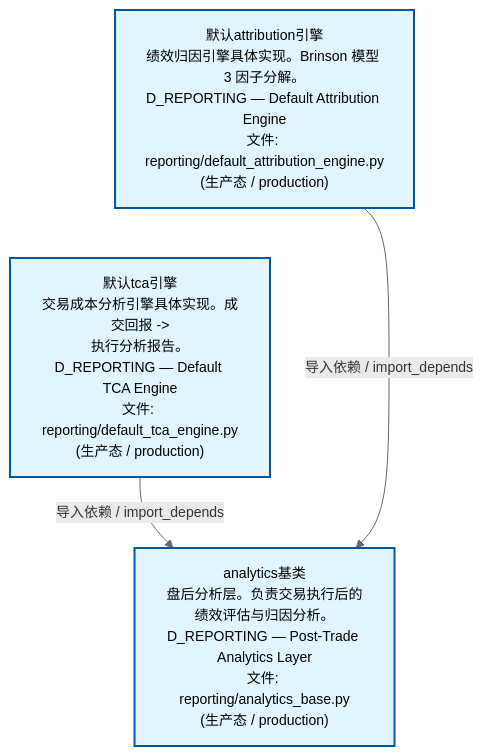
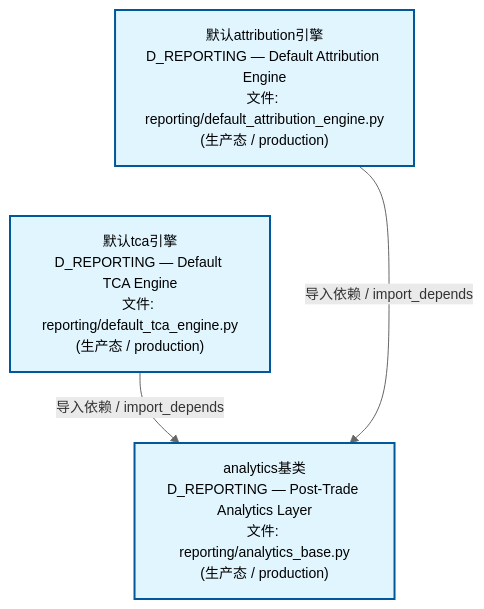
The second of 4 diagrams in docs/02_enterprise_architecture/02_domain_architecture_docs/26_d_reporting.md (xuanFelixVan/ZephyrAlpha), drawn with Mermaid before and after one commit. The commit also changed other lines of this file and 45 other files, not shown here.

````diff
--- a/docs/02_enterprise_architecture/02_domain_architecture_docs/26_d_reporting.md
+++ b/docs/02_enterprise_architecture/02_domain_architecture_docs/26_d_reporting.md
@@ -117,15 +117,15 @@
 ```mermaid
 %%{init: {'theme': 'base', 'themeVariables': {'primaryColor': '#eaeaea', 'primaryTextColor': '#333333', 'primaryBorderColor': '#666666', 'lineColor': '#666666', 'secondaryColor': '#eaeaea', 'tertiaryColor': '#eaeaea', 'fontSize': '14px'}}}%%
 flowchart TD
-    src_zephyr_reporting_default_attribution_engine_py["默认attribution引擎<br/>绩效归因引擎具体实现。Brinson 模型 3 因子分解。<br/>D_REPORTING — Default Attribution Engine<br/>文件: reporting/default_attribution_engine.py<br/>(生产态 / production)"]
-    src_zephyr_reporting_default_tca_engine_py["默认tca引擎<br/>交易成本分析引擎具体实现。成交回报 -><br/>执行分析报告。<br/>D_REPORTING — Default TCA Engine<br/>文件: reporting/default_tca_engine.py<br/>(生产态 / production)"]
+    src_zephyr_reporting_default_attribution_engine_py["默认attribution引擎<br/>D_REPORTING — Default Attribution Engine<br/>文件: reporting/default_attribution_engine.py<br/>(生产态 / production)"]
+    src_zephyr_reporting_default_tca_engine_py["默认tca引擎<br/>D_REPORTING — Default TCA Engine<br/>文件: reporting/default_tca_engine.py<br/>(生产态 / production)"]
     src_zephyr_reporting_default_attribution_engine_py ~~~ src_zephyr_reporting_default_tca_engine_py
-    src_zephyr_reporting_analytics_base_py["analytics基类<br/>盘后分析层。负责交易执行后的绩效评估与归因分析。<br/>D_REPORTING — Post-Trade Analytics Layer<br/>文件: reporting/analytics_base.py<br/>(生产态 / production)"]
+    src_zephyr_reporting_analytics_base_py["analytics基类<br/>D_REPORTING — Post-Trade Analytics Layer<br/>文件: reporting/analytics_base.py<br/>(生产态 / production)"]
     src_zephyr_reporting_default_tca_engine_py -->|导入依赖 / import_depends| src_zephyr_reporting_analytics_base_py
     src_zephyr_reporting_default_attribution_engine_py -->|导入依赖 / import_depends| src_zephyr_reporting_analytics_base_py
     classDef production fill:#e1f5fe,stroke:#01579b,stroke-width:2px,color:#000
     classDef design fill:#fff3e0,stroke:#e65100,stroke-width:2px,color:#000,stroke-dasharray: 5 5
     classDef external_prod fill:#e8f4fd,stroke:#0277bd,stroke-width:1px,color:#000
     classDef external_design fill:#fff8e7,stroke:#ef6c00,stroke-width:1px,color:#000,stroke-dasharray: 5 5
     class src_zephyr_reporting_analytics_base_py,src_zephyr_reporting_default_attribution_engine_py,src_zephyr_reporting_default_tca_engine_py production
 ```
````
